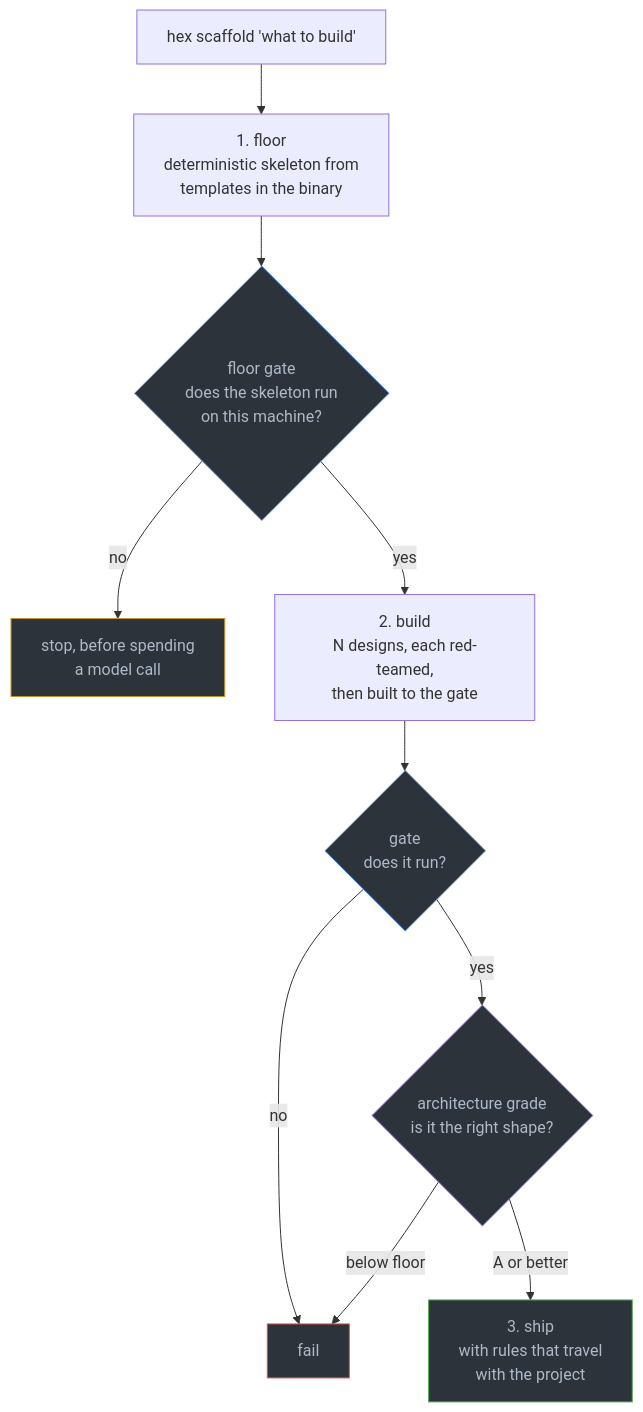
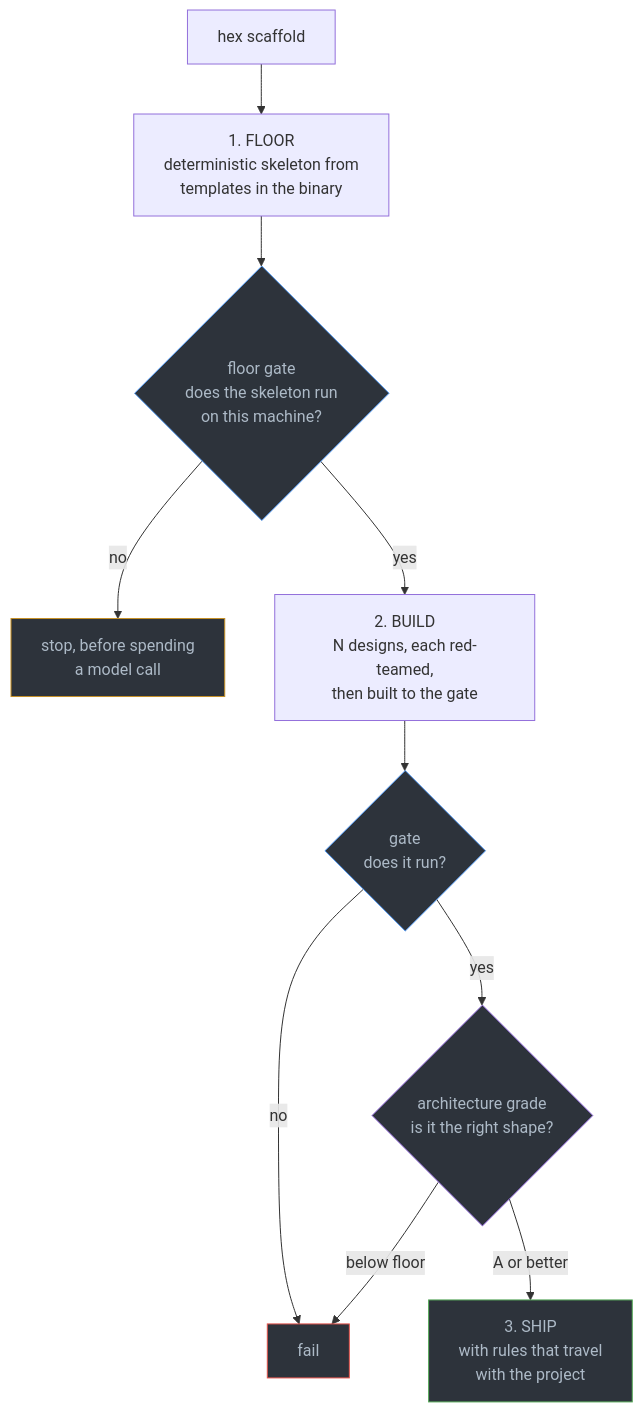
One commit to gaberger/hex changed the third of 4 diagrams in README.md. Above: the diagram before and after it, drawn with Mermaid. The commit also changed other lines of this file and 2 other files, not shown here.

````diff
--- a/README.md
+++ b/README.md
@@ -99,19 +93,19 @@
 ```mermaid
 flowchart TB
-    A["hex scaffold 'what to build'"] --> B["1. floor<br/>deterministic skeleton from<br/>templates in the binary"]
+    A["hex scaffold"] --> B["1. FLOOR<br/>deterministic skeleton from<br/>templates in the binary"]
     B --> C{"floor gate<br/>does the skeleton run<br/>on this machine?"}
-    C -->|no| X["stop, before spending<br/>a model call"]
-    C -->|yes| D["2. build<br/>N designs, each red-teamed,<br/>then built to the gate"]
+    C -->|"no"| X["stop, before spending<br/>a model call"]
+    C -->|"yes"| D["2. BUILD<br/>N designs, each red-teamed,<br/>then built to the gate"]
     D --> E{"gate<br/>does it run?"}
-    E -->|no| Y["fail"]
-    E -->|yes| F{"architecture grade<br/>is it the right shape?"}
+    E -->|"no"| Y["fail"]
+    E -->|"yes"| F{"architecture grade<br/>is it the right shape?"}
     F -->|"below floor"| Y
-    F -->|"A or better"| G["3. ship<br/>with rules that travel<br/>with the project"]
+    F -->|"A or better"| G["3. SHIP<br/>with rules that travel<br/>with the project"]
 
     style C fill:#2d333b,stroke:#539bf5,color:#adbac7
     style E fill:#2d333b,stroke:#539bf5,color:#adbac7
     style F fill:#2d333b,stroke:#986ee2,color:#adbac7
     style G fill:#2d333b,stroke:#57ab5a,color:#adbac7
     style X fill:#2d333b,stroke:#c69026,color:#adbac7
     style Y fill:#2d333b,stroke:#e5534b,color:#adbac7
 ```
````
